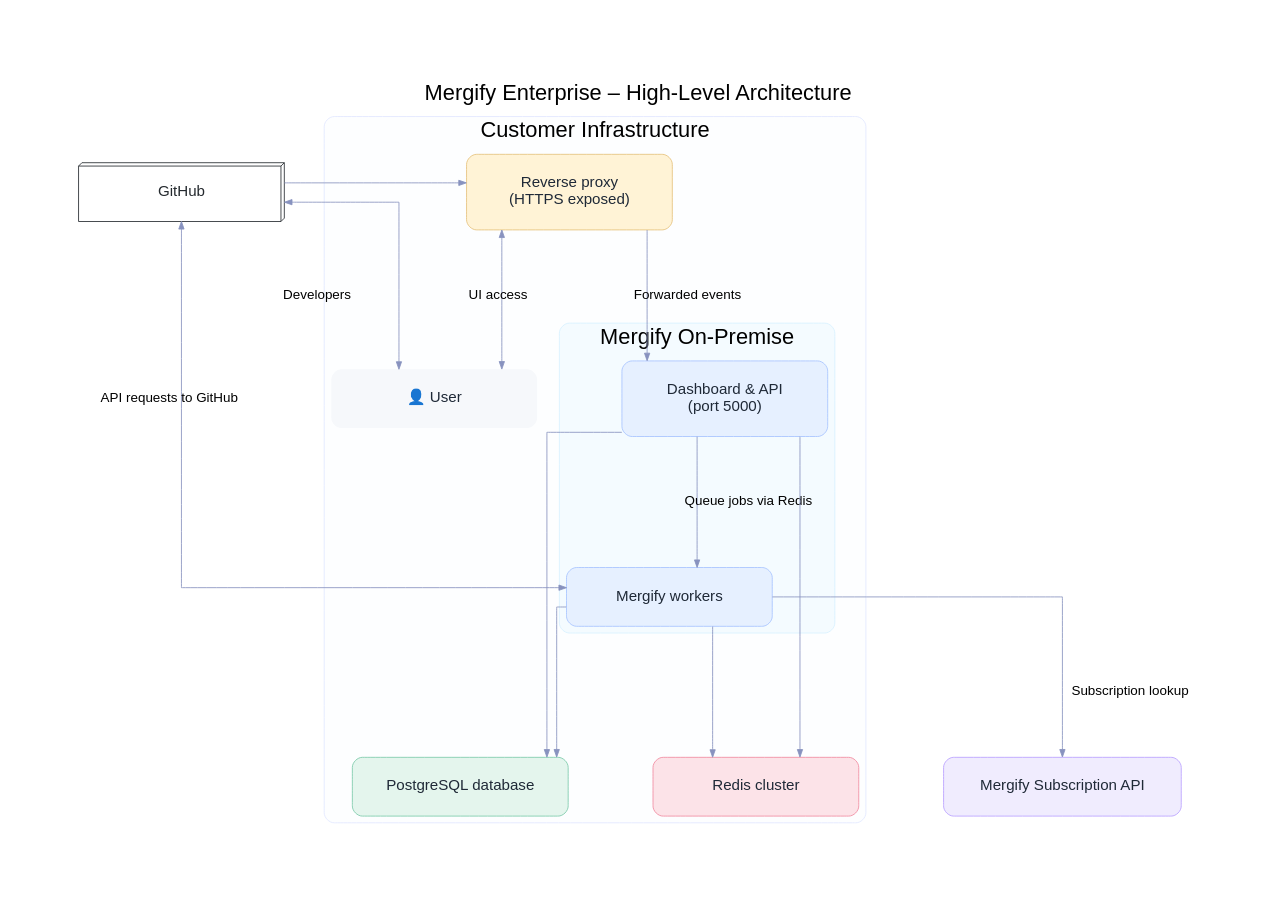
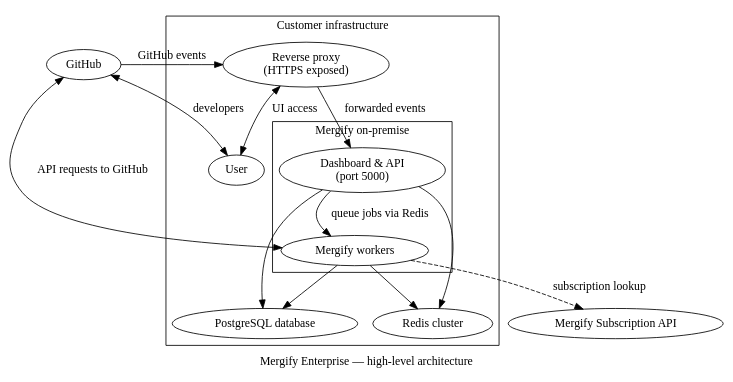
The diagram in src/content/docs/enterprise/architecture.mdx (Mergifyio/docs), drawn with Graphviz before and after one commit. The commit also changed 20 other files, not shown here.

````diff
--- a/src/content/docs/enterprise/architecture.mdx
+++ b/src/content/docs/enterprise/architecture.mdx
@@ -29,50 +29,38 @@
-  ```dot class="graph"
-  digraph Architecture {
-    rankdir=TB;
-    graph [label="Mergify Enterprise – High-Level Architecture", labelloc=t, fontsize=26, pad=1.2, nodesep=1.4, ranksep=1.9, splines=ortho, fontname="Helvetica"];
-    node [shape=box, style="rounded,filled", fontname="Helvetica", fontsize=18, fillcolor="#F6F8FB", color="#C6D4F3", fontcolor="#1F2937", margin="0.45,0.35", width=3.4];
-
-    edge [color="#8892BF", arrowsize=0.9, fontsize=16, fontname="Helvetica"];
+  ```dot class="arch"
+  digraph {
+    label="Mergify Enterprise — high-level architecture";
 
     subgraph cluster_customer {
-      label="Customer Infrastructure";
-      style="rounded,filled";
-      color="#E1E8FF";
-      fillcolor="#FDFEFF";
+      class="batch";
+      label="Customer infrastructure";
 
-      User [shape=plaintext label="👤 User", fontname="Helvetica", fontsize=18];
-      ReverseProxy [label="Reverse proxy\n(HTTPS exposed)", fillcolor="#FFF3D6", color="#E5C17C"];
+      User [label="User", class="external"];
+      ReverseProxy [label="Reverse proxy\n(HTTPS exposed)", class="config"];
 
       subgraph cluster_onprem {
-        label="Mergify On-Premise";
-        style="rounded,filled";
-        color="#D8F1FF";
-        fillcolor="#F4FBFF";
-
-        Dashboard [label="Dashboard & API\n(port 5000)", fillcolor="#E6F0FF", color="#A7C4FF"];
-        Workers [label="Mergify workers", fillcolor="#E6F0FF", color="#A7C4FF"];
+        class="mergify";
+        label="Mergify on-premise";
+        Dashboard [label="Dashboard & API\n(port 5000)", class="mergify"];
+        Workers [label="Mergify workers", class="mergify"];
       }
 
-      PostgreSQL [label="PostgreSQL database", fillcolor="#E4F5ED", color="#7BC9A9"];
-      Redis [label="Redis cluster", fillcolor="#FCE3E8", color="#F18AA0"];
+      PostgreSQL [label="PostgreSQL database", class="datastore"];
+      Redis [label="Redis cluster", class="datastore"];
     }
 
-    GitHub [shape=box3d label="GitHub", color="#24292E", fontcolor="#24292E", style=filled, fillcolor="#FFFFFF", fontsize=18];
-    Subscription [label="Mergify Subscription API", fillcolor="#F0ECFE", color="#B9A0FF", fontsize=18];
+    GitHub [label="GitHub", class="external"];
+    Subscription [label="Mergify Subscription API", class="mergify"];
 
     GitHub -> ReverseProxy [label="GitHub events"];
-    ReverseProxy -> Dashboard [label="Forwarded events"];
-    Dashboard -> Workers [label="Queue jobs via Redis"];
-
+    ReverseProxy -> Dashboard [label="forwarded events"];
+    Dashboard -> Workers [label="queue jobs via Redis"];
     Dashboard -> PostgreSQL;
     Dashboard -> Redis;
     Workers -> PostgreSQL;
     Workers -> Redis;
-
     Workers -> GitHub [label="API requests to GitHub", dir=both];
-    ReverseProxy -> User [dir=both label="UI access"];
-    GitHub -> User [label="Developers", dir=both];
-
-    Workers -> Subscription [label="Subscription lookup"];
+    ReverseProxy -> User [label="UI access", dir=both];
+    GitHub -> User [label="developers", dir=both];
+    Workers -> Subscription [label="subscription lookup", class="muted", style=dashed];
   }
   ```
````
